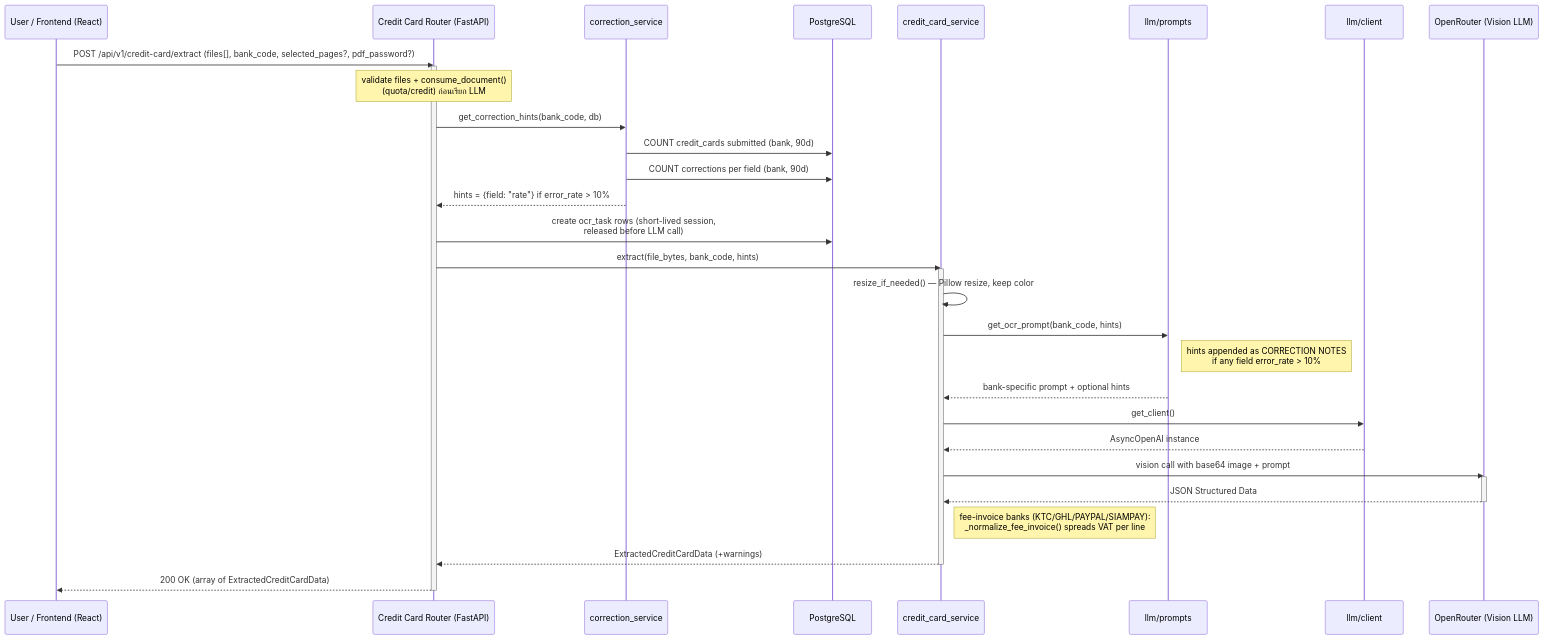
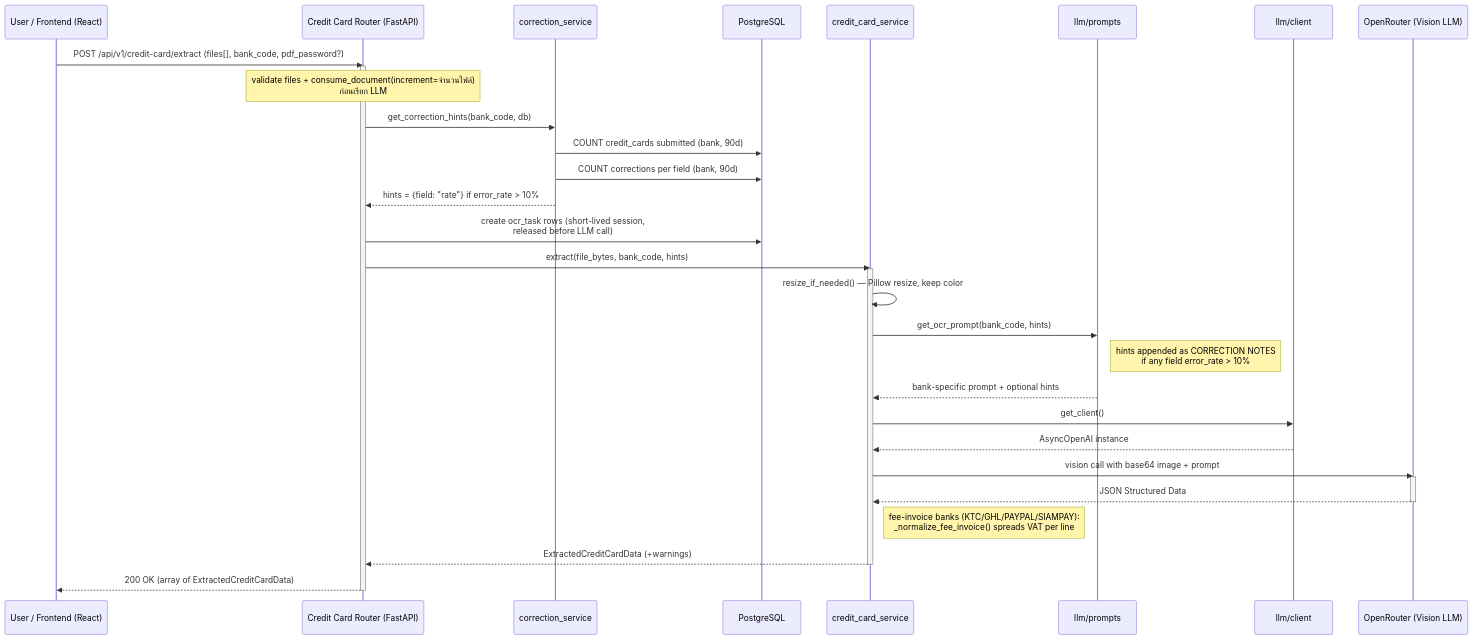
One commit to developer-carmensoftware/OCR changed the third of 8 diagrams in docs/Software_Requirements_Specification.md. Above: the diagram before and after it, drawn with Mermaid. The commit also changed other lines of this file and 24 other files, not shown here.

````diff
--- a/docs/Software_Requirements_Specification.md
+++ b/docs/Software_Requirements_Specification.md
@@ -165,39 +165,39 @@
 ```mermaid
 sequenceDiagram
     participant User as User / Frontend (React)
     participant Router as Credit Card Router (FastAPI)
     participant CorrSvc as correction_service
     participant DB as PostgreSQL
     participant Svc as credit_card_service
     participant Prompts as llm/prompts
     participant Client as llm/client
     participant LLM as OpenRouter (Vision LLM)
 
-    User->>Router: POST /api/v1/credit-card/extract (files[], bank_code, selected_pages?, pdf_password?)
+    User->>Router: POST /api/v1/credit-card/extract (files[], bank_code, pdf_password?)
     activate Router
 
-    Note over Router: validate files + consume_document()<br/>(quota/credit) ก่อนเรียก LLM
+    Note over Router: validate files + consume_document(increment=จำนวนไฟล์)<br/>ก่อนเรียก LLM
     Router->>CorrSvc: get_correction_hints(bank_code, db)
     CorrSvc->>DB: COUNT credit_cards submitted (bank, 90d)
     CorrSvc->>DB: COUNT corrections per field (bank, 90d)
     CorrSvc-->>Router: hints = {field: "rate"} if error_rate > 10%
     Router->>DB: create ocr_task rows (short-lived session,<br/>released before LLM call)
 
     Router->>Svc: extract(file_bytes, bank_code, hints)
     activate Svc
     Svc->>Svc: resize_if_needed() — Pillow resize, keep color
     Svc->>Prompts: get_ocr_prompt(bank_code, hints)
     Note right of Prompts: hints appended as CORRECTION NOTES<br/>if any field error_rate > 10%
     Prompts-->>Svc: bank-specific prompt + optional hints
     Svc->>Client: get_client()
     Client-->>Svc: AsyncOpenAI instance
     Svc->>LLM: vision call with base64 image + prompt
     activate LLM
     LLM-->>Svc: JSON Structured Data
     deactivate LLM
     Note right of Svc: fee-invoice banks (KTC/GHL/PAYPAL/SIAMPAY):<br/>_normalize_fee_invoice() spreads VAT per line
     Svc-->>Router: ExtractedCreditCardData (+warnings)
     deactivate Svc
     Router-->>User: 200 OK (array of ExtractedCreditCardData)
     deactivate Router
 ```
````
